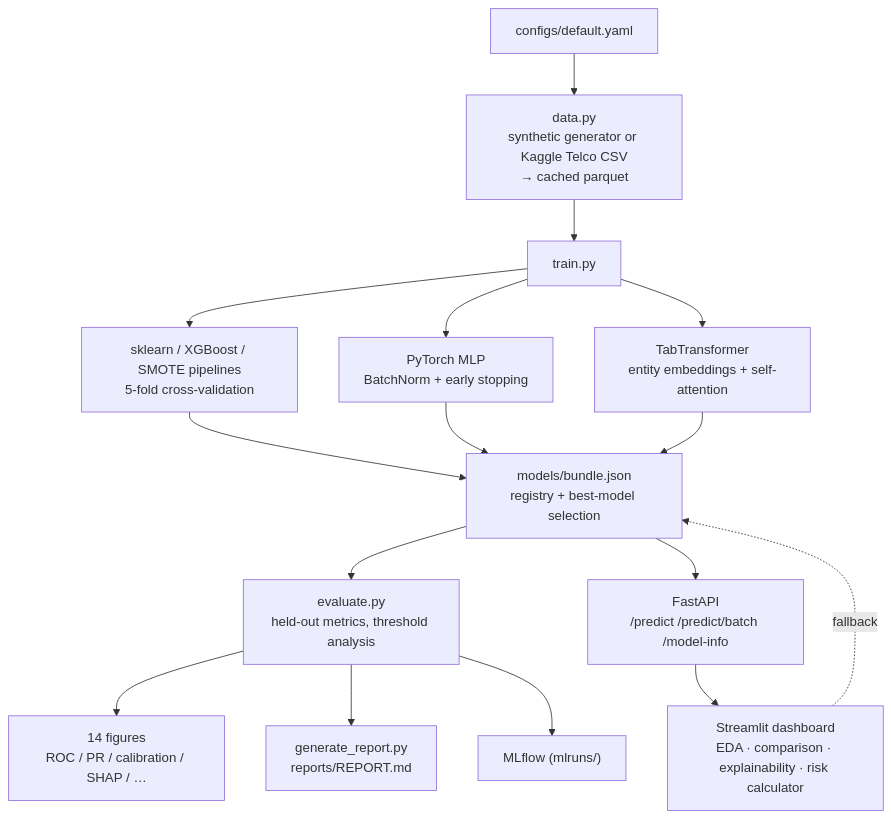
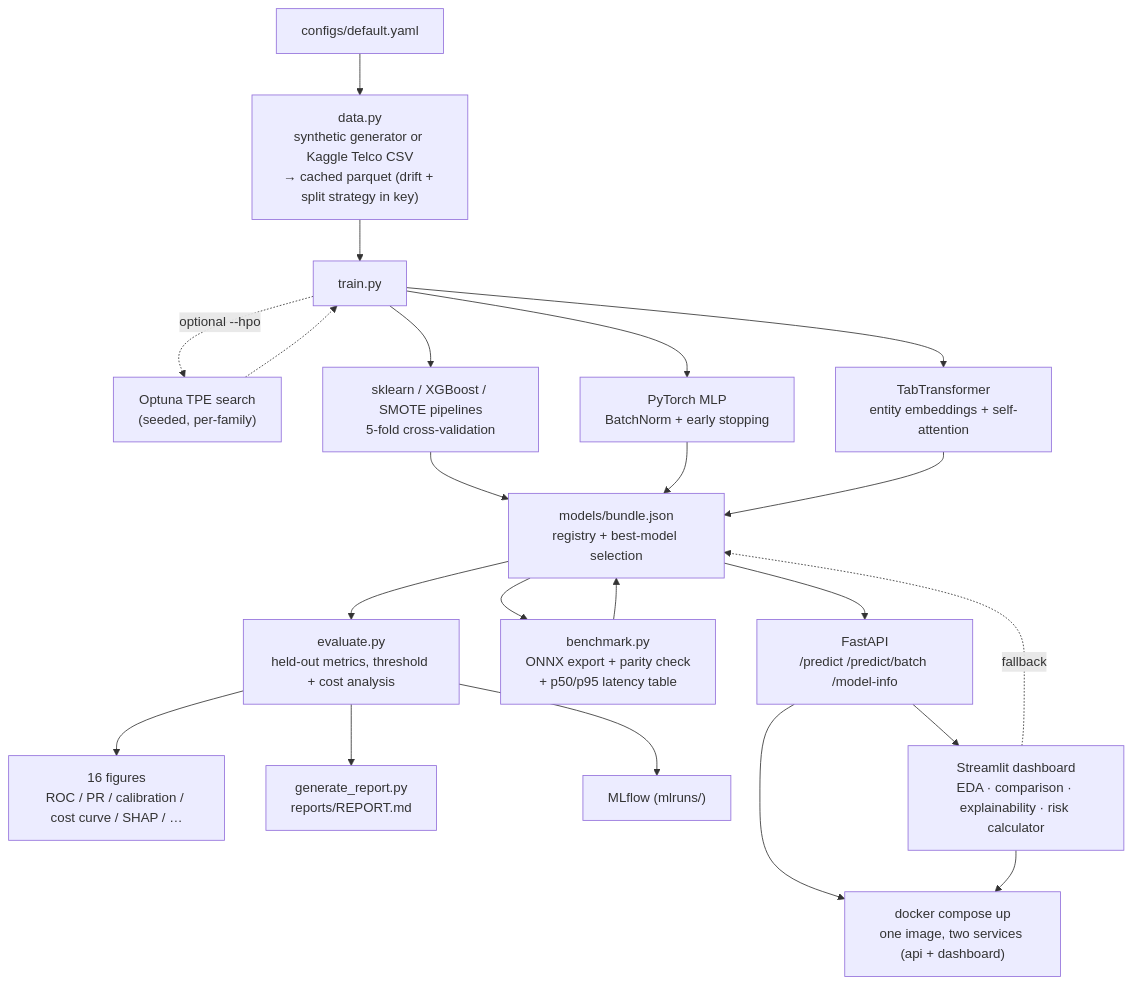
One commit to skm-edu4/Customer-Churn-Prediction changed the diagram in README.md. Above: the diagram before and after it, drawn with Mermaid. The commit also changed other lines of this file and 31 other files, not shown here.

Commit message:
Add Optuna HPO, cost-based thresholds, temporal validation, ONNX benchmark and Docker

````diff
--- a/README.md
+++ b/README.md
@@ -67,18 +85,24 @@
 ```mermaid
 flowchart TD
-    A["configs/default.yaml"] --> B["data.py<br/>synthetic generator or Kaggle Telco CSV<br/>→ cached parquet"]
+    A["configs/default.yaml"] --> B["data.py<br/>synthetic generator or Kaggle Telco CSV<br/>→ cached parquet (drift + split strategy in key)"]
     B --> C["train.py"]
+    C -.->|optional --hpo| C0["Optuna TPE search<br/>(seeded, per-family)"]
+    C0 -.-> C
     C --> C1["sklearn / XGBoost / SMOTE pipelines<br/>5-fold cross-validation"]
     C --> C2["PyTorch MLP<br/>BatchNorm + early stopping"]
     C --> C3["TabTransformer<br/>entity embeddings + self-attention"]
     C1 --> D["models/bundle.json<br/>registry + best-model selection"]
     C2 --> D
     C3 --> D
-    D --> E["evaluate.py<br/>held-out metrics, threshold analysis"]
-    E --> F["14 figures<br/>ROC / PR / calibration / SHAP / …"]
+    D --> E["evaluate.py<br/>held-out metrics, threshold + cost analysis"]
+    E --> F["16 figures<br/>ROC / PR / calibration / cost curve / SHAP / …"]
     E --> G["generate_report.py<br/>reports/REPORT.md"]
     E --> H["MLflow (mlruns/)"]
+    D --> K["benchmark.py<br/>ONNX export + parity check<br/>+ p50/p95 latency table"]
+    K --> D
     D --> I["FastAPI<br/>/predict /predict/batch /model-info"]
     I --> J["Streamlit dashboard<br/>EDA · comparison · explainability · risk calculator"]
     J -.->|fallback| D
+    I --> L["docker compose up<br/>one image, two services (api + dashboard)"]
+    J --> L
 ```
````
